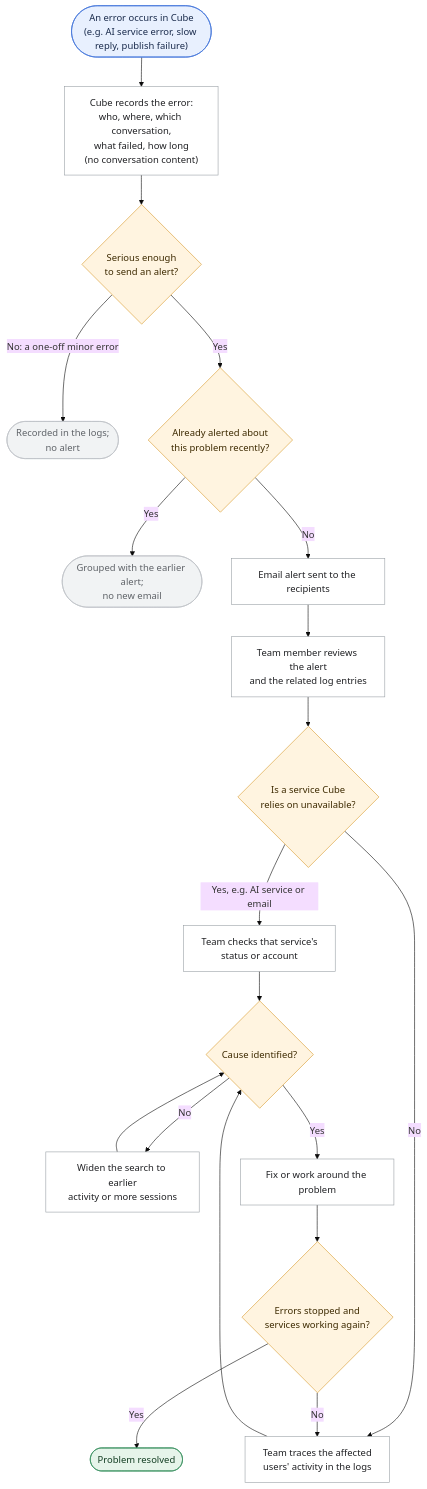
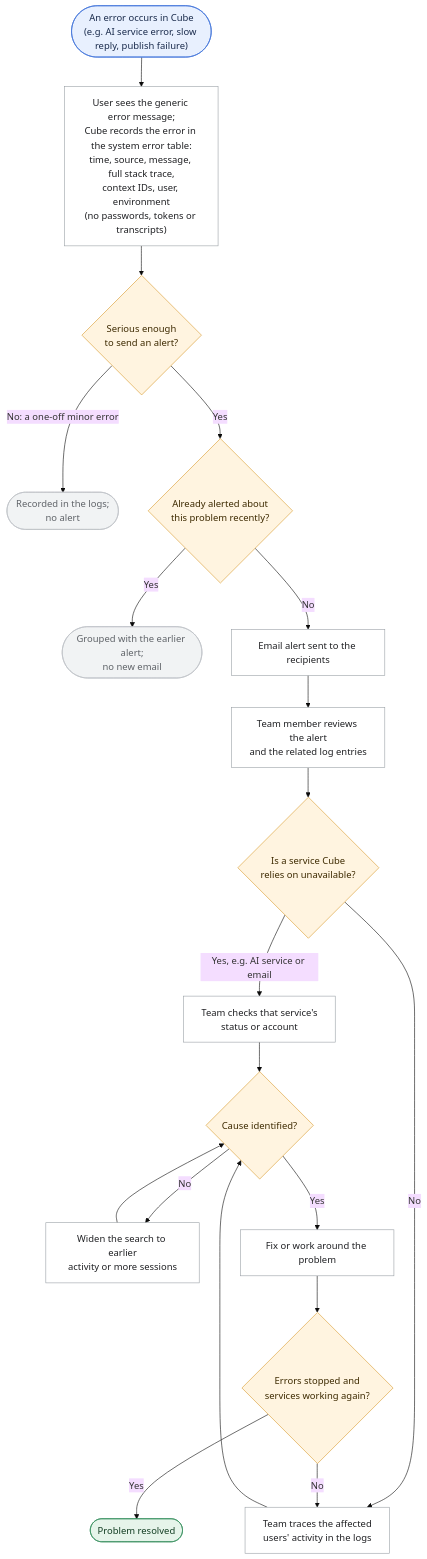
The second of 7 diagrams in docs/features/monitoring-logging-cleanup/requirement_monitoring_logging_cleanup.md (SwanandAI/diffusion-cube), drawn with Mermaid (base theme) before and after one commit. The commit also changed other lines of this file and 1 other file, not shown here.

````diff
--- a/docs/features/monitoring-logging-cleanup/requirement_monitoring_logging_cleanup.md
+++ b/docs/features/monitoring-logging-cleanup/requirement_monitoring_logging_cleanup.md
@@ -55,33 +114,33 @@
 ```mermaid
 flowchart TD
-    S(["An error occurs in Cube<br/>(e.g. AI service error, slow reply, publish failure)"]) --> L["Cube records the error:<br/>who, where, which conversation,<br/>what failed, how long<br/>(no conversation content)"]
+    S(["An error occurs in Cube<br/>(e.g. AI service error, slow reply, publish failure)"]) --> L["User sees the generic error message;<br/>Cube records the error in the system error table:<br/>time, source, message, full stack trace,<br/>context IDs, user, environment<br/>(no passwords, tokens or transcripts)"]
     L --> SER{"Serious enough<br/>to send an alert?"}
     SER -->|"No: a one-off minor error"| QL(["Recorded in the logs;<br/>no alert"])
     SER -->|"Yes"| DUP{"Already alerted about<br/>this problem recently?"}
     DUP -->|"Yes"| GR(["Grouped with the earlier alert;<br/>no new email"])
     DUP -->|"No"| EM["Email alert sent to the recipients"]
     EM --> RV["Team member reviews the alert<br/>and the related log entries"]
     RV --> SVC{"Is a service Cube<br/>relies on unavailable?"}
     SVC -->|"Yes, e.g. AI service or email"| EXT["Team checks that service's<br/>status or account"]
     SVC -->|"No"| TR["Team traces the affected<br/>users' activity in the logs"]
     EXT --> RES{"Cause identified?"}
     TR --> RES
     RES -->|"No"| MORE["Widen the search to earlier<br/>activity or more sessions"]
     MORE --> RES
     RES -->|"Yes"| FIX["Fix or work around the problem"]
     FIX --> VER{"Errors stopped and<br/>services working again?"}
     VER -->|"No"| TR
     VER -->|"Yes"| DONE(["Problem resolved"])
 
     classDef start fill:#E8F0FE,stroke:#3B6FD8,color:#1A2B4C
     classDef decision fill:#FFF4E0,stroke:#D99A2B,color:#3D2A00
     classDef step fill:#FFFFFF,stroke:#9AA0A6,color:#202124
     classDef done fill:#E6F4EA,stroke:#2E8B57,color:#123D22
     classDef stop fill:#F1F3F4,stroke:#BDC1C6,color:#5F6368
 
     class S start
     class SER,DUP,SVC,RES,VER decision
     class L,EM,RV,EXT,TR,MORE,FIX step
     class DONE done
     class QL,GR stop
 ```
````
